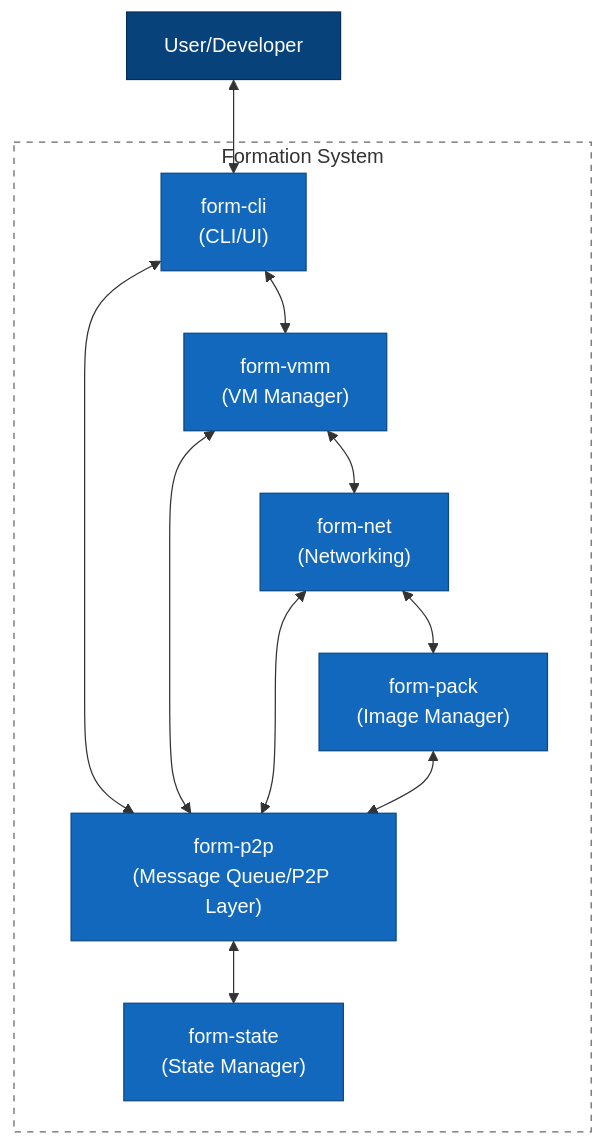
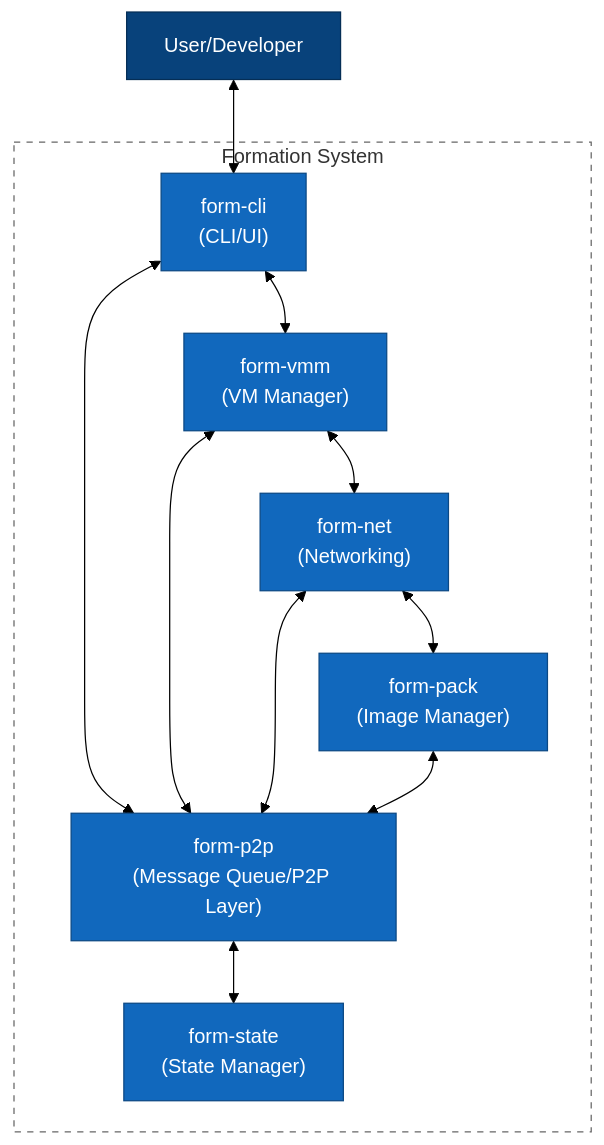
Before and after one commit to formthefog/formation: the second of 2 diagrams in formation-docs/docs/architecture/index.md, drawn with Mermaid. The commit also changed other lines of this file and 81 other files, not shown here.

````diff
--- a/formation-docs/docs/architecture/index.md
+++ b/formation-docs/docs/architecture/index.md
@@ -42,32 +52,33 @@
 ```mermaid
+%%{init: {'theme': 'forest'}}%%
 flowchart TD
     subgraph FormationSystem["Formation System"]
         CLI["form-cli\n(CLI/UI)"]
         VMM["form-vmm\n(VM Manager)"]
         Net["form-net\n(Networking)"]
         Pack["form-pack\n(Image Manager)"]
         P2P["form-p2p\n(Message Queue/P2P Layer)"]
         State["form-state\n(State Manager)"]
         
         CLI <--> VMM
         VMM <--> Net
         Net <--> Pack
         
         CLI <--> P2P
         VMM <--> P2P
         Net <--> P2P
         Pack <--> P2P
         
         P2P <--> State
     end
     
     User["User/Developer"] <--> CLI
     
     classDef container fill:#1168bd,stroke:#0b4884,color:white
     classDef person fill:#08427b,stroke:#052e56,color:white
     classDef boundary fill:none,stroke:#666666,stroke-dasharray:5 5
     
     class CLI,VMM,Net,Pack,P2P,State container
     class User person
     class FormationSystem boundary
 ```
````
